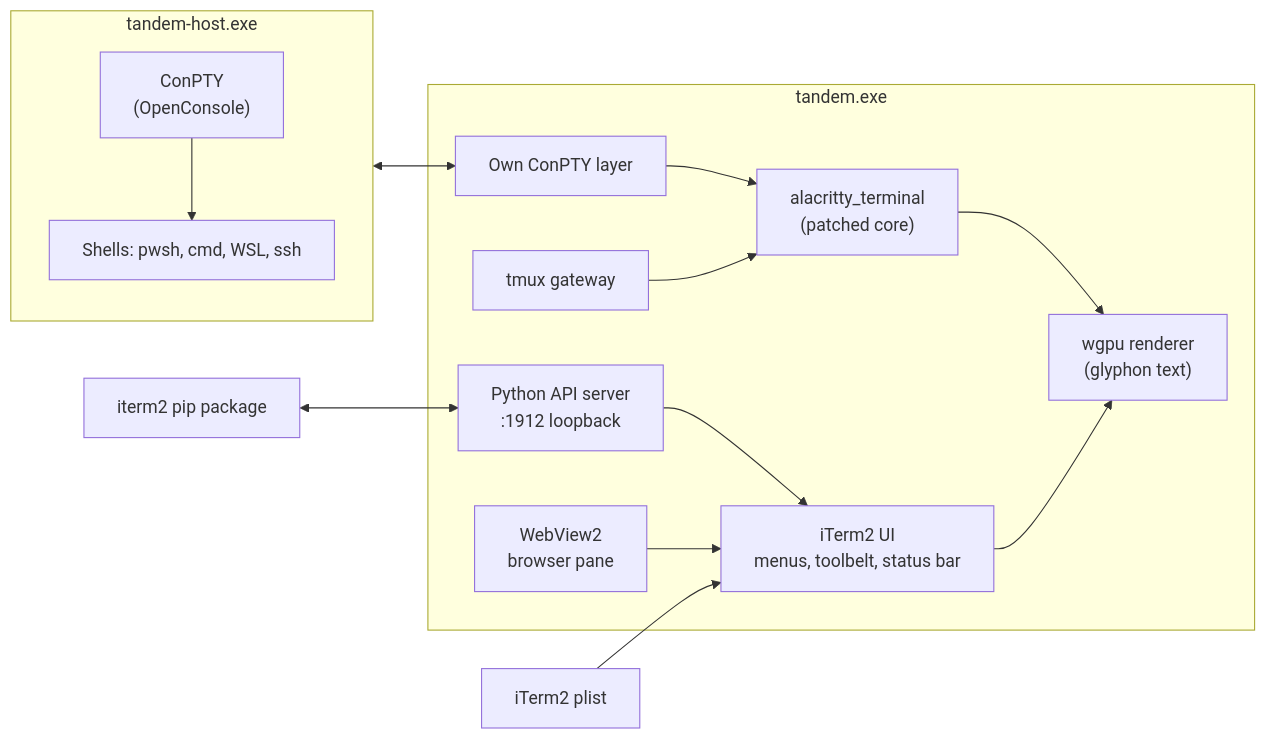
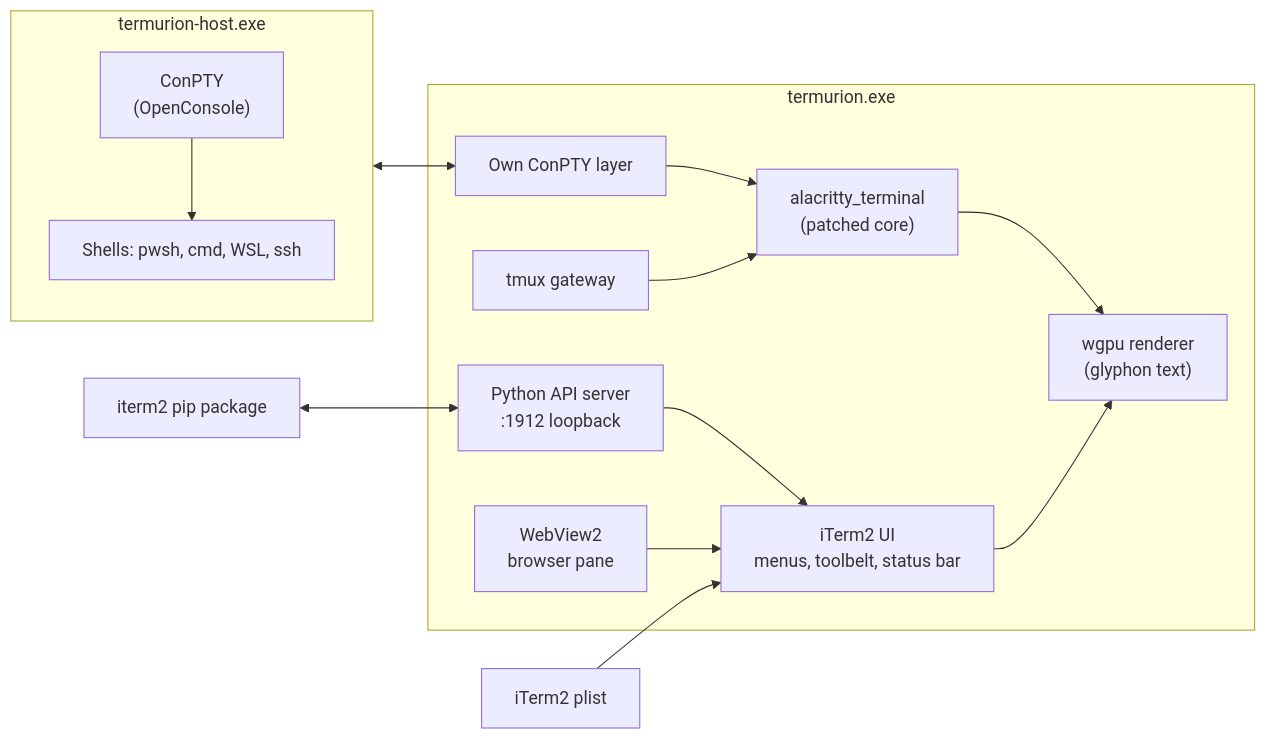
Before and after one commit to datbird/termurion: the diagram in README.md, drawn with Mermaid. The commit also changed other lines of this file and 3 other files, not shown here.

Commit message:
0.0.1-beta1: version, Cargo.lock synced with the build (winresource), README status moved to docs/ROADMAP.md, stale tandem names fixed

````diff
--- a/README.md
+++ b/README.md
@@ -148,17 +146,17 @@
 ```mermaid
 flowchart LR
-    subgraph Host["tandem-host.exe"]
+    subgraph Host["termurion-host.exe"]
         CP["ConPTY<br/>(OpenConsole)"] --> SH["Shells: pwsh, cmd, WSL, ssh"]
     end
-    subgraph App["tandem.exe"]
+    subgraph App["termurion.exe"]
         PTY["Own ConPTY layer"] --> EMU["alacritty_terminal<br/>(patched core)"]
         EMU --> R["wgpu renderer<br/>(glyphon text)"]
         UI["iTerm2 UI<br/>menus, toolbelt, status bar"] --> R
         TMUX["tmux gateway"] --> EMU
         API["Python API server<br/>:1912 loopback"] --> UI
         WV["WebView2<br/>browser pane"] --> UI
     end
     Host <--> PTY
     PL["iTerm2 plist"] --> UI
     Scripts["iterm2 pip package"] <--> API
 ```
````
